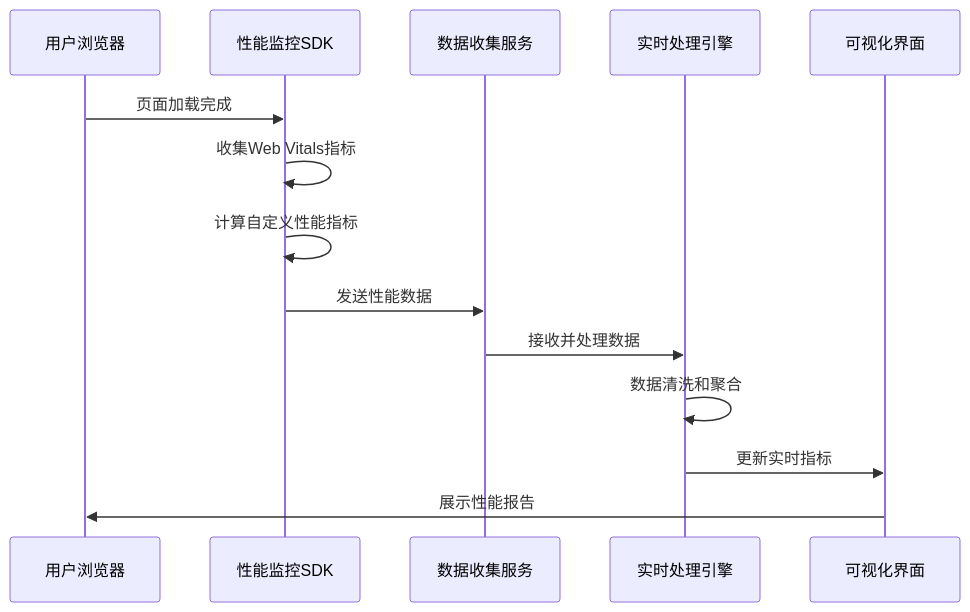
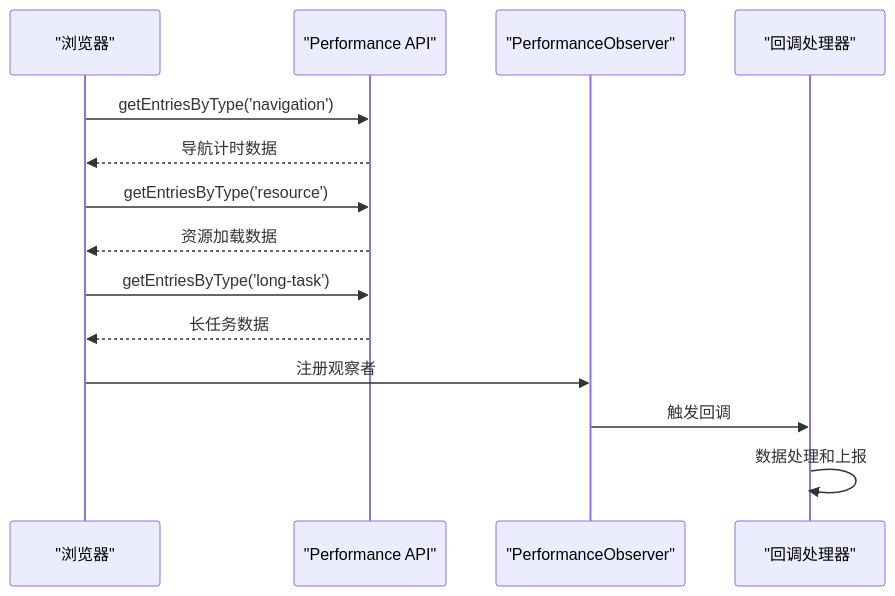
Before and after one commit to UnicornXU/knowledge-base: the fourth of 9 diagrams in .qoder/repowiki/zh/content/前端性能优化/性能监控.md, drawn with Mermaid. The commit also changed other lines of this file and 8 other files, not shown here.

````diff
--- a/.qoder/repowiki/zh/content/前端性能优化/性能监控.md
+++ b/.qoder/repowiki/zh/content/前端性能优化/性能监控.md
@@ -142,16 +202,16 @@
 ```mermaid
 sequenceDiagram
-participant U as 用户浏览器
-participant P as 性能监控SDK
-participant S as 数据收集服务
-participant R as 实时处理引擎
-participant V as 可视化界面
-U->>P : 页面加载完成
-P->>P : 收集Web Vitals指标
-P->>P : 计算自定义性能指标
-P->>S : 发送性能数据
-S->>R : 接收并处理数据
-R->>R : 数据清洗和聚合
-R->>V : 更新实时指标
-V->>U : 展示性能报告
+participant Browser as "浏览器"
+participant API as "Performance API"
+participant Observer as "PerformanceObserver"
+participant Handler as "回调处理器"
+Browser->>API : getEntriesByType('navigation')
+API-->>Browser : 导航计时数据
+Browser->>API : getEntriesByType('resource')
+API-->>Browser : 资源加载数据
+Browser->>API : getEntriesByType('long-task')
+API-->>Browser : 长任务数据
+Browser->>Observer : 注册观察者
+Observer->>Handler : 触发回调
+Handler->>Handler : 数据处理和上报
 ```
````
